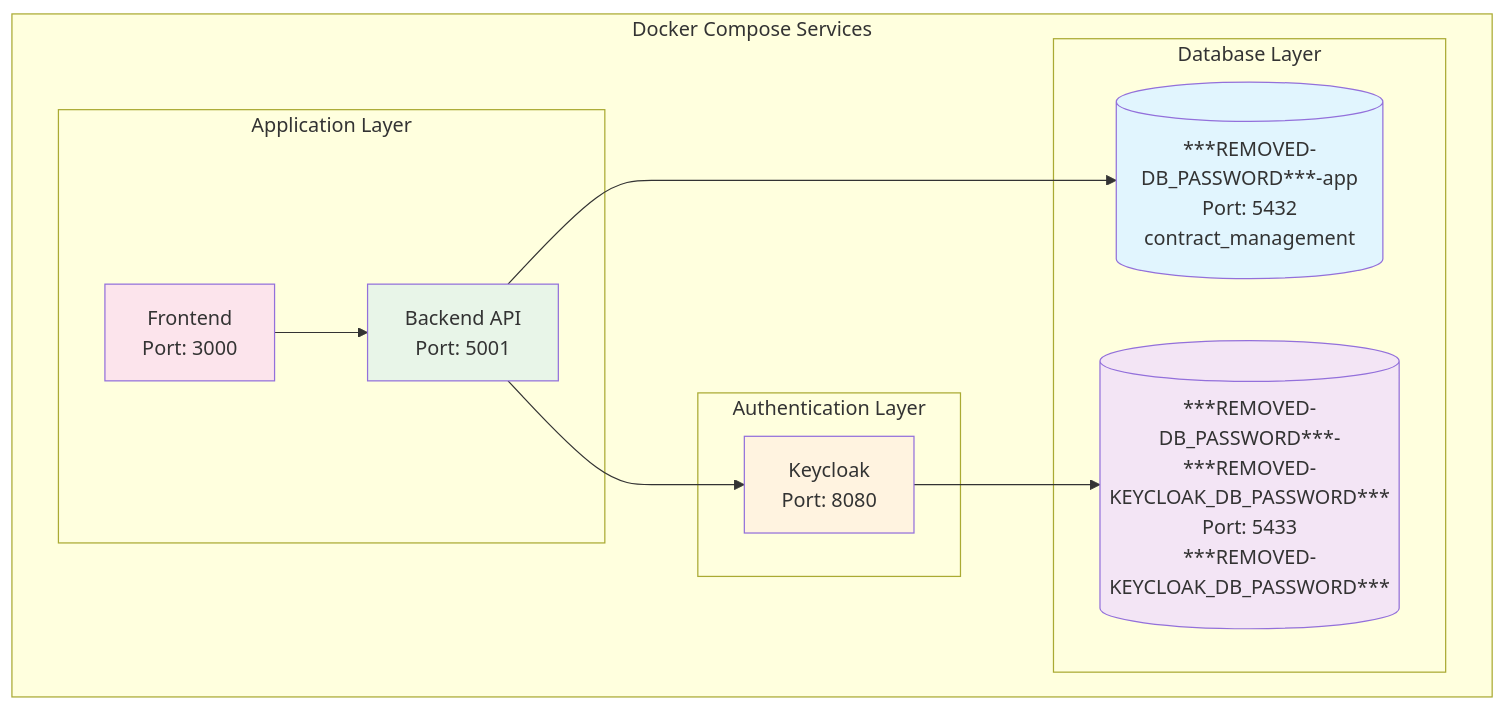
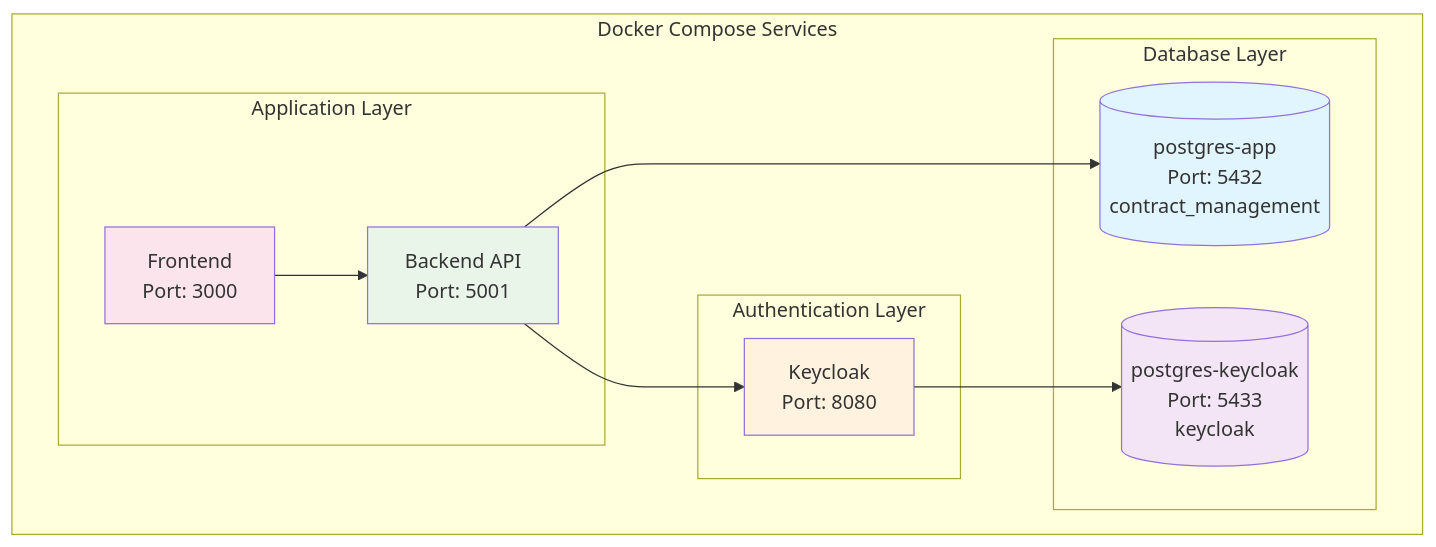
One commit to gitmujoshi/Confidential-AI-Network changed the diagram in docs/security/SECRETS_MANAGEMENT.md. Above: the diagram before and after it, drawn with Mermaid. The commit also changed other lines of this file and 385 other files, not shown here.

````diff
--- a/docs/security/SECRETS_MANAGEMENT.md
+++ b/docs/security/SECRETS_MANAGEMENT.md
@@ -36,29 +36,29 @@
 ```mermaid
 graph TB
     subgraph "Docker Compose Services"
         subgraph "Application Layer"
             FE[Frontend<br/>Port: 3000]
             BE[Backend API<br/>Port: 5001]
         end
         
         subgraph "Authentication Layer"
             KC[Keycloak<br/>Port: 8080]
         end
         
         subgraph "Database Layer"
-            DB_APP[(***REMOVED-DB_PASSWORD***-app<br/>Port: 5432<br/>contract_management)]
-            DB_KC[(***REMOVED-DB_PASSWORD***-***REMOVED-KEYCLOAK_DB_PASSWORD***<br/>Port: 5433<br/>***REMOVED-KEYCLOAK_DB_PASSWORD***)]
+            DB_APP[(postgres-app<br/>Port: 5432<br/>contract_management)]
+            DB_KC[(postgres-keycloak<br/>Port: 5433<br/>keycloak)]
         end
     end
     
     FE --> BE
     BE --> DB_APP
     BE --> KC
     KC --> DB_KC
     
     style DB_APP fill:#e1f5fe
     style DB_KC fill:#f3e5f5
     style KC fill:#fff3e0
     style BE fill:#e8f5e8
     style FE fill:#fce4ec
 ```
````
